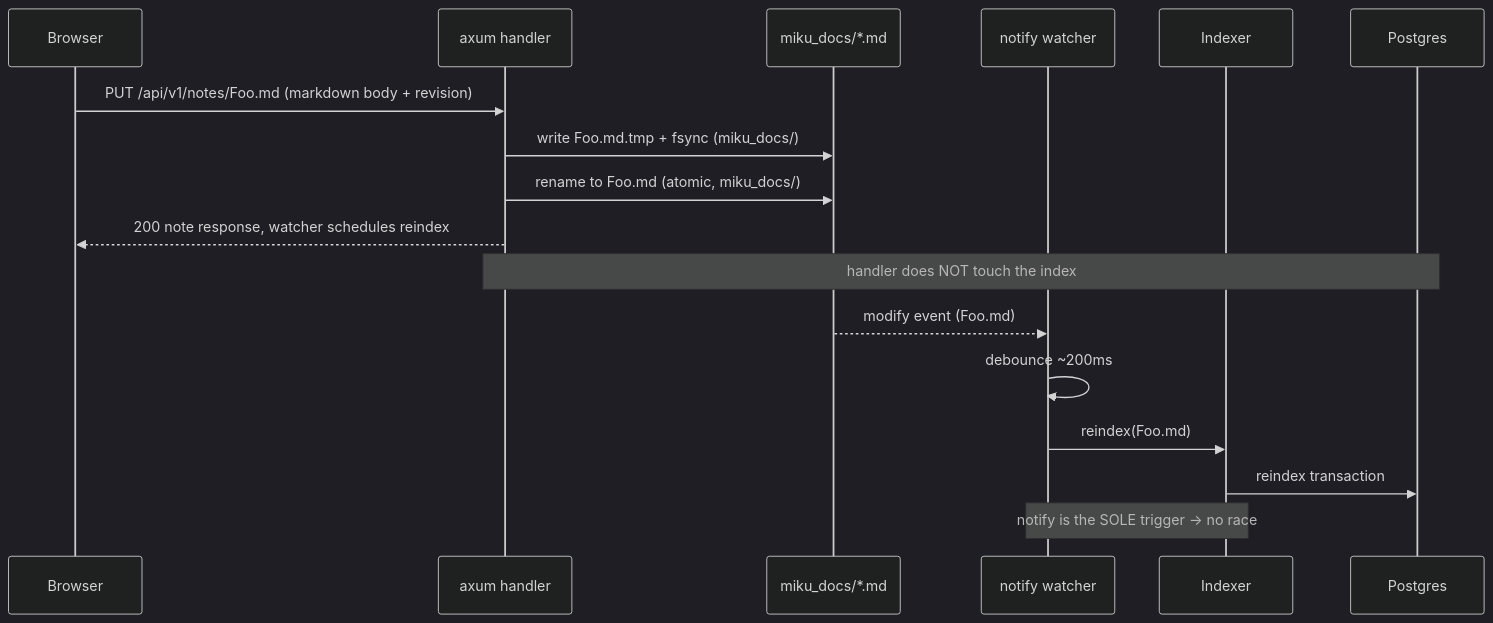
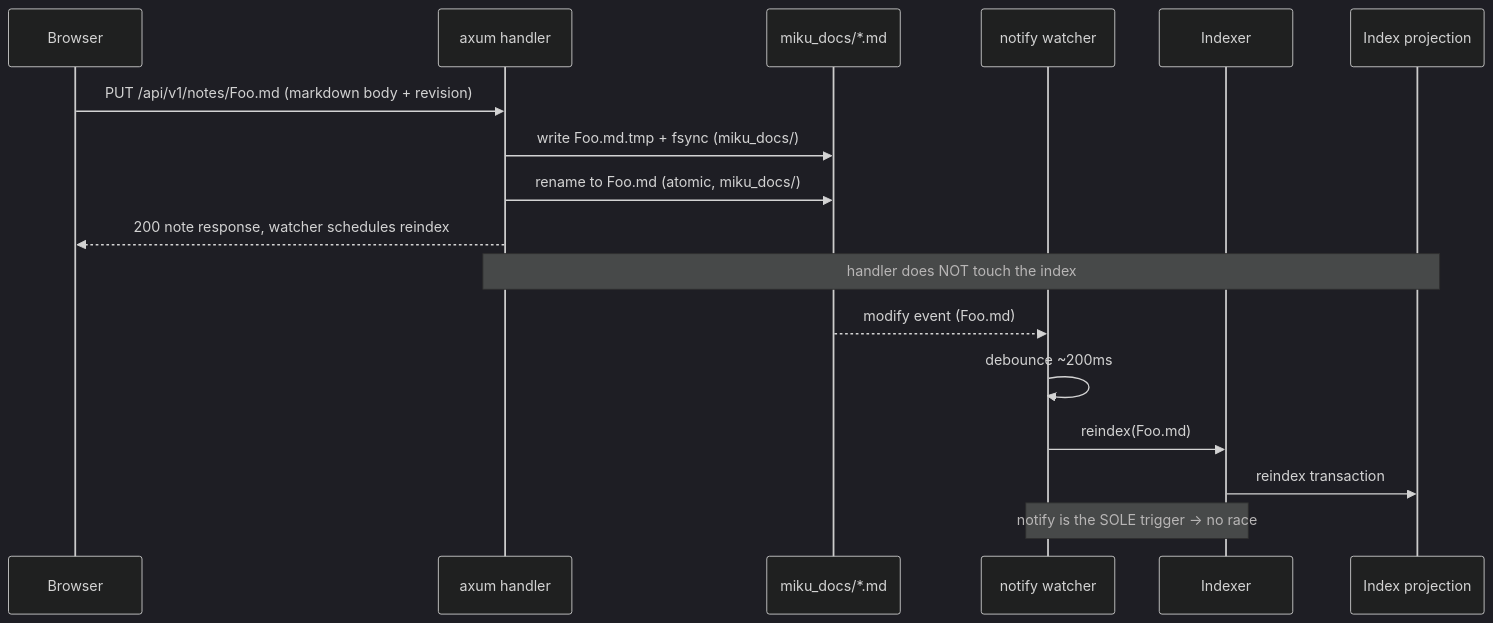
The third of 8 diagrams in miku_docs/dataflow.md (azusachino/miku), drawn with Mermaid (dark theme) before and after one commit. The commit also changed other lines of this file and 25 other files, not shown here.

````diff
--- a/miku_docs/dataflow.md
+++ b/miku_docs/dataflow.md
@@ -63,20 +63,20 @@
 ```mermaid
 sequenceDiagram
   participant B as Browser
   participant H as axum handler
   participant FS as miku_docs/*.md
   participant W as notify watcher
   participant I as Indexer
-  participant PG as Postgres
+  participant PG as Index projection
 
   B->>H: PUT /api/v1/notes/Foo.md (markdown body + revision)
   H->>FS: write Foo.md.tmp + fsync (miku_docs/)
   H->>FS: rename to Foo.md (atomic, miku_docs/)
   H-->>B: 200 note response, watcher schedules reindex
   Note over H,PG: handler does NOT touch the index
   FS-->>W: modify event (Foo.md)
   W->>W: debounce ~200ms
   W->>I: reindex(Foo.md)
   I->>PG: reindex transaction
   Note over W,I: notify is the SOLE trigger -> no race
 ```
````
